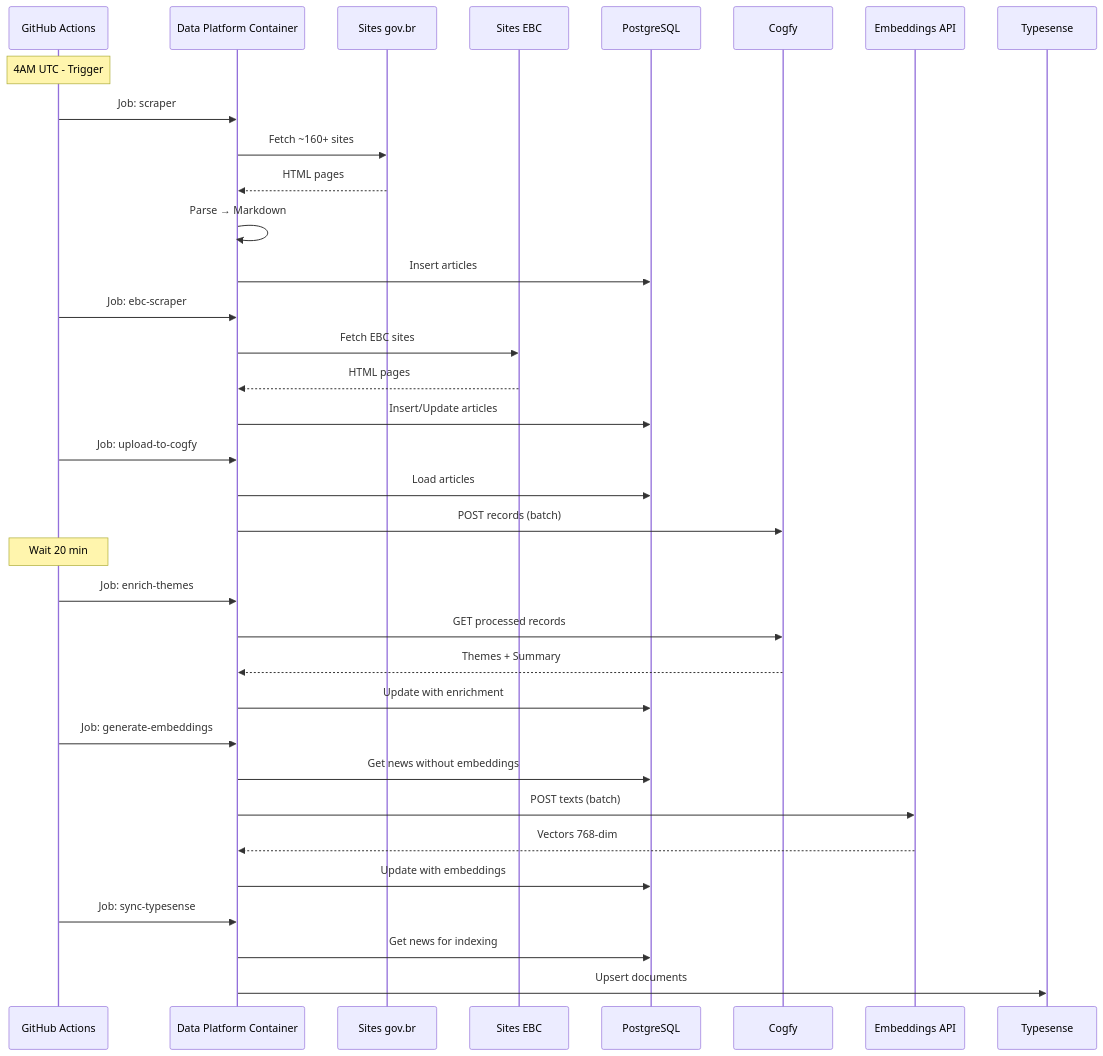
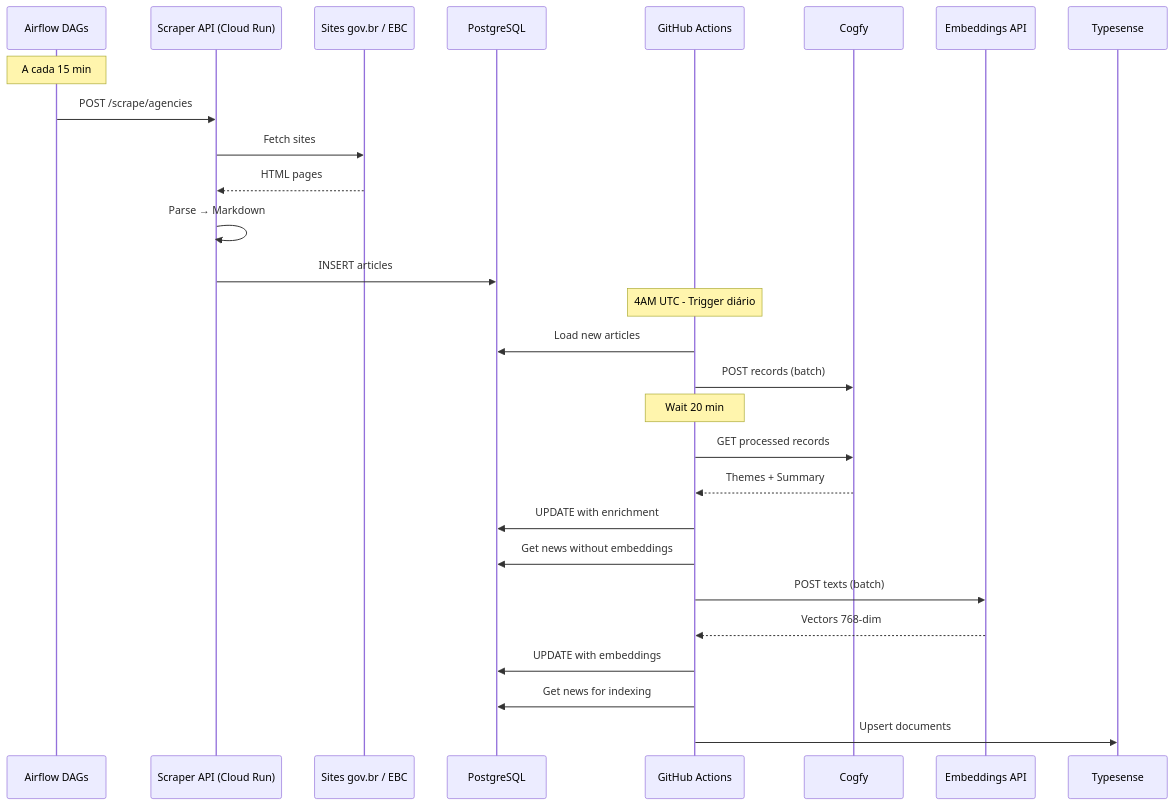
Before and after one commit to destaquesgovbr/docs: the second of 2 diagrams in docs/workflows/scraper-pipeline.md, drawn with Mermaid. The commit also changed other lines of this file and 6 other files, not shown here.

````diff
--- a/docs/workflows/scraper-pipeline.md
+++ b/docs/workflows/scraper-pipeline.md
@@ -237,45 +104,38 @@
 ```mermaid
 sequenceDiagram
+    participant AF as Airflow DAGs
+    participant API as Scraper API (Cloud Run)
+    participant GOV as Sites gov.br / EBC
+    participant PG as PostgreSQL
     participant GH as GitHub Actions
-    participant DP as Data Platform Container
-    participant GOV as Sites gov.br
-    participant EBC as Sites EBC
-    participant PG as PostgreSQL
     participant CF as Cogfy
     participant EMB as Embeddings API
     participant TS as Typesense
 
-    Note over GH: 4AM UTC - Trigger
+    Note over AF: A cada 15 min
 
-    GH->>DP: Job: scraper
-    DP->>GOV: Fetch ~160+ sites
-    GOV-->>DP: HTML pages
-    DP->>DP: Parse → Markdown
-    DP->>PG: Insert articles
+    AF->>API: POST /scrape/agencies
+    API->>GOV: Fetch sites
+    GOV-->>API: HTML pages
+    API->>API: Parse → Markdown
+    API->>PG: INSERT articles
 
-    GH->>DP: Job: ebc-scraper
-    DP->>EBC: Fetch EBC sites
-    EBC-->>DP: HTML pages
-    DP->>PG: Insert/Update articles
+    Note over GH: 4AM UTC - Trigger diário
 
-    GH->>DP: Job: upload-to-cogfy
-    DP->>PG: Load articles
-    DP->>CF: POST records (batch)
+    GH->>PG: Load new articles
+    GH->>CF: POST records (batch)
 
     Note over GH: Wait 20 min
 
-    GH->>DP: Job: enrich-themes
-    DP->>CF: GET processed records
-    CF-->>DP: Themes + Summary
-    DP->>PG: Update with enrichment
+    GH->>CF: GET processed records
+    CF-->>GH: Themes + Summary
+    GH->>PG: UPDATE with enrichment
 
-    GH->>DP: Job: generate-embeddings
-    DP->>PG: Get news without embeddings
-    DP->>EMB: POST texts (batch)
-    EMB-->>DP: Vectors 768-dim
-    DP->>PG: Update with embeddings
+    GH->>PG: Get news without embeddings
+    GH->>EMB: POST texts (batch)
+    EMB-->>GH: Vectors 768-dim
+    GH->>PG: UPDATE with embeddings
 
-    GH->>DP: Job: sync-typesense
-    DP->>PG: Get news for indexing
-    DP->>TS: Upsert documents
+    GH->>PG: Get news for indexing
+    GH->>TS: Upsert documents
 ```
````
